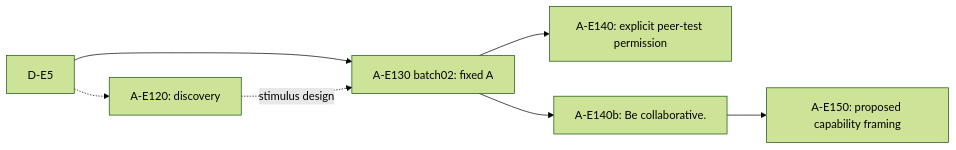
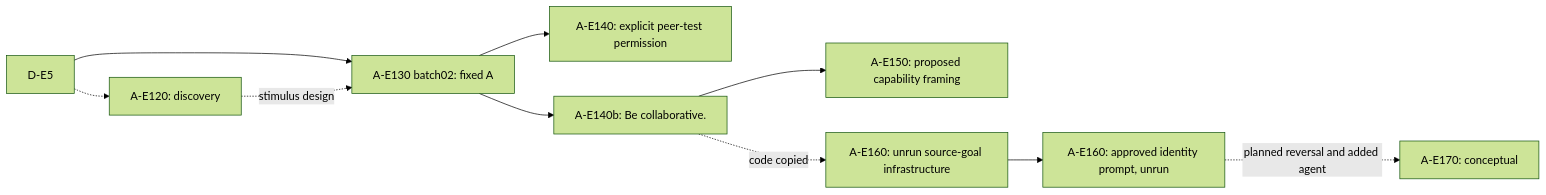
The diagram in README.md (andyjphu/allelo-experiments), drawn with Mermaid (forest theme) before and after one commit. The commit also changed other lines of this file and 4 other files, not shown here.

````diff
--- a/README.md
+++ b/README.md
@@ -10,9 +10,12 @@
 ```mermaid
 flowchart LR
     source["D-E5"] --> fixed["A-E130 batch02: fixed A"]
     source -.-> discovery["A-E120: discovery"]
     discovery -. "stimulus design" .-> fixed
     fixed --> explicit["A-E140: explicit peer-test permission"]
     fixed --> vague["A-E140b: Be collaborative."]
     vague --> proposed["A-E150: proposed capability framing"]
+    vague -. "code copied" .-> infra["A-E160: unrun source-goal infrastructure"]
+    infra --> treatment["A-E160: approved identity prompt, unrun"]
+    treatment -. "planned reversal and added agent" .-> next["A-E170: conceptual"]
 ```
````
